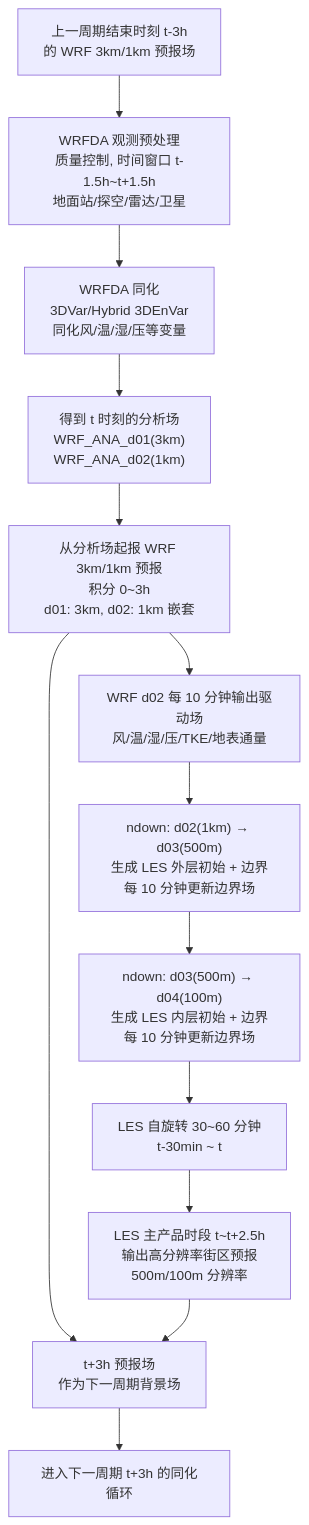
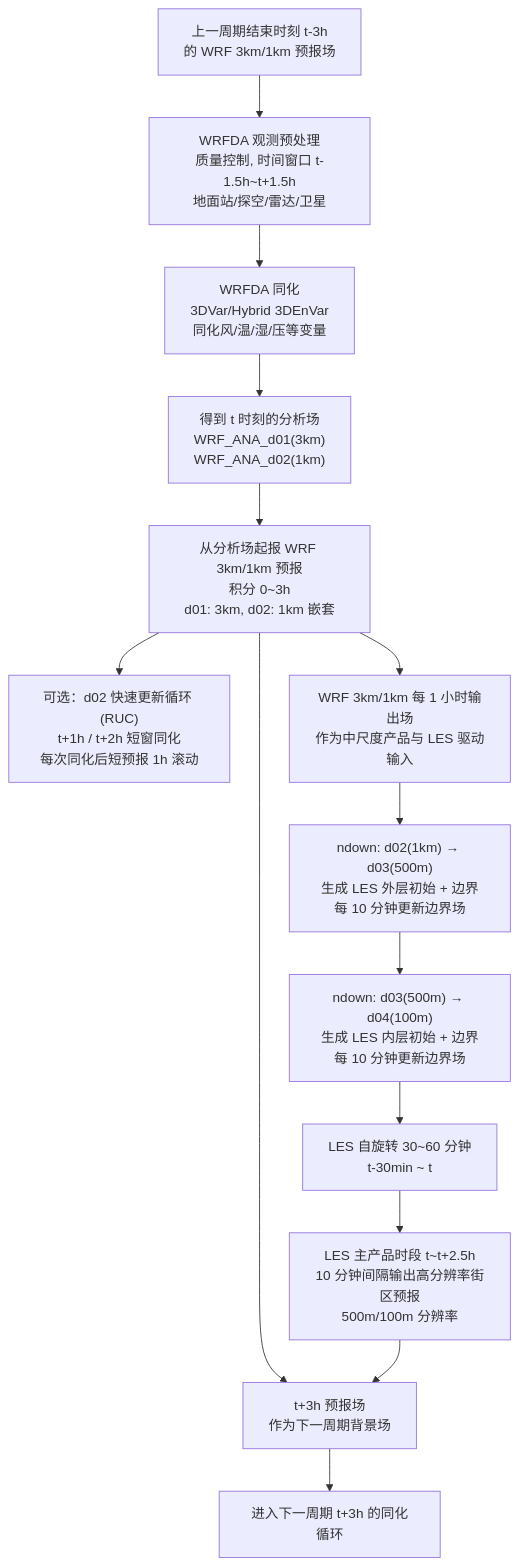
Before and after one commit to Geek-007/geek-007.github.io: the first of 4 diagrams in test.md, drawn with Mermaid. The commit also changed other lines of this file, not shown here.

````diff
--- a/test.md
+++ b/test.md
@@ -40,15 +45,16 @@
 ```mermaid
 flowchart TD
     A["上一周期结束时刻 t-3h<br/>的 WRF 3km/1km 预报场"] --> B["WRFDA 观测预处理<br/>质量控制, 时间窗口 t-1.5h~t+1.5h<br/>地面站/探空/雷达/卫星"]
     B --> C["WRFDA 同化<br/>3DVar/Hybrid 3DEnVar<br/>同化风/温/湿/压等变量"]
     C --> D["得到 t 时刻的分析场<br/>WRF_ANA_d01(3km)<br/>WRF_ANA_d02(1km)"]
     D --> E["从分析场起报 WRF 3km/1km 预报<br/>积分 0~3h<br/>d01: 3km, d02: 1km 嵌套"]
-    E --> F["WRF d02 每 10 分钟输出驱动场<br/>风/温/湿/压/TKE/地表通量"]
+    E --> R["可选：d02 快速更新循环 (RUC)<br/>t+1h / t+2h 短窗同化<br/>每次同化后短预报 1h 滚动"]
+    E --> F["WRF 3km/1km 每 1 小时输出场<br/>作为中尺度产品与 LES 驱动输入"]
     F --> G["ndown: d02(1km) → d03(500m)<br/>生成 LES 外层初始 + 边界<br/>每 10 分钟更新边界场"]
     G --> H["ndown: d03(500m) → d04(100m)<br/>生成 LES 内层初始 + 边界<br/>每 10 分钟更新边界场"]
     H --> I["LES 自旋转 30~60 分钟<br/>t-30min ~ t"]
-    I --> J["LES 主产品时段 t~t+2.5h<br/>输出高分辨率街区预报<br/>500m/100m 分辨率"]
+    I --> J["LES 主产品时段 t~t+2.5h<br/>10 分钟间隔输出高分辨率街区预报<br/>500m/100m 分辨率"]
     E --> K["t+3h 预报场<br/>作为下一周期背景场"]
     J --> K
     K --> L["进入下一周期 t+3h 的同化循环"]
 ```
````
